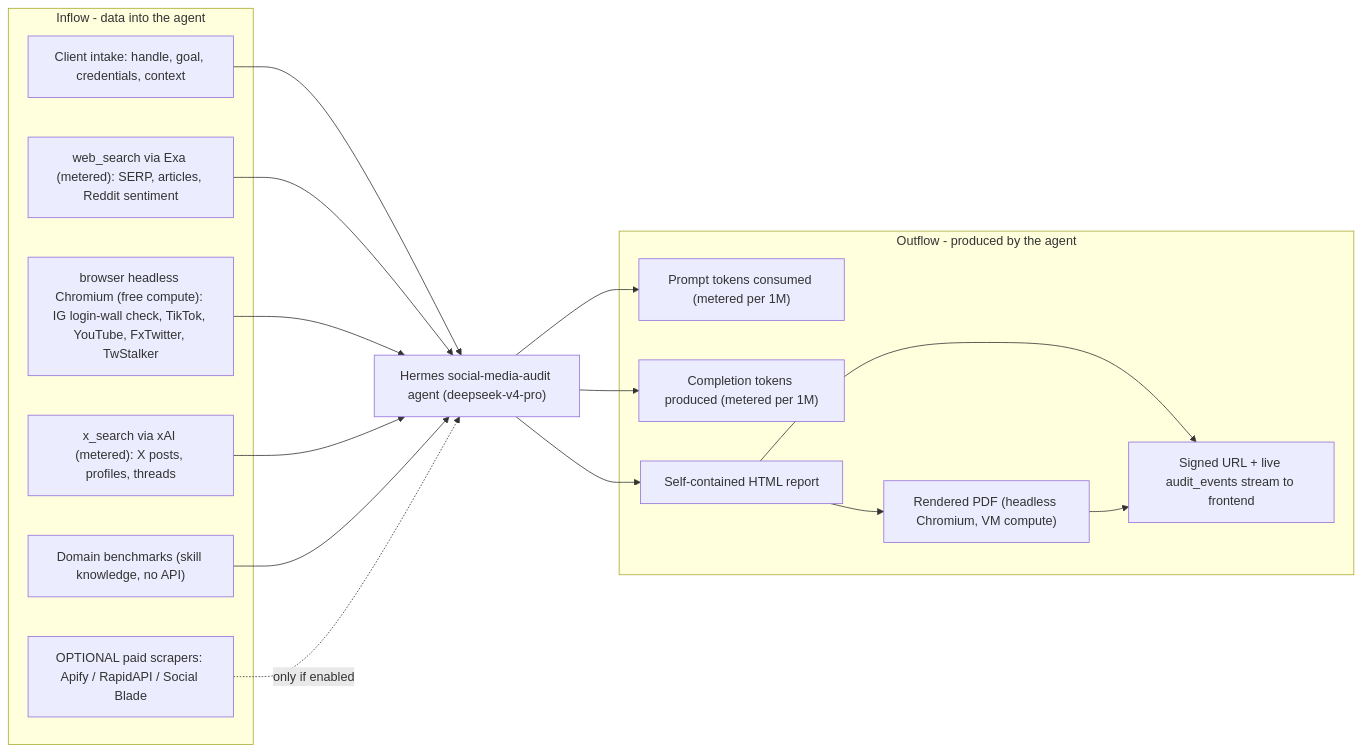
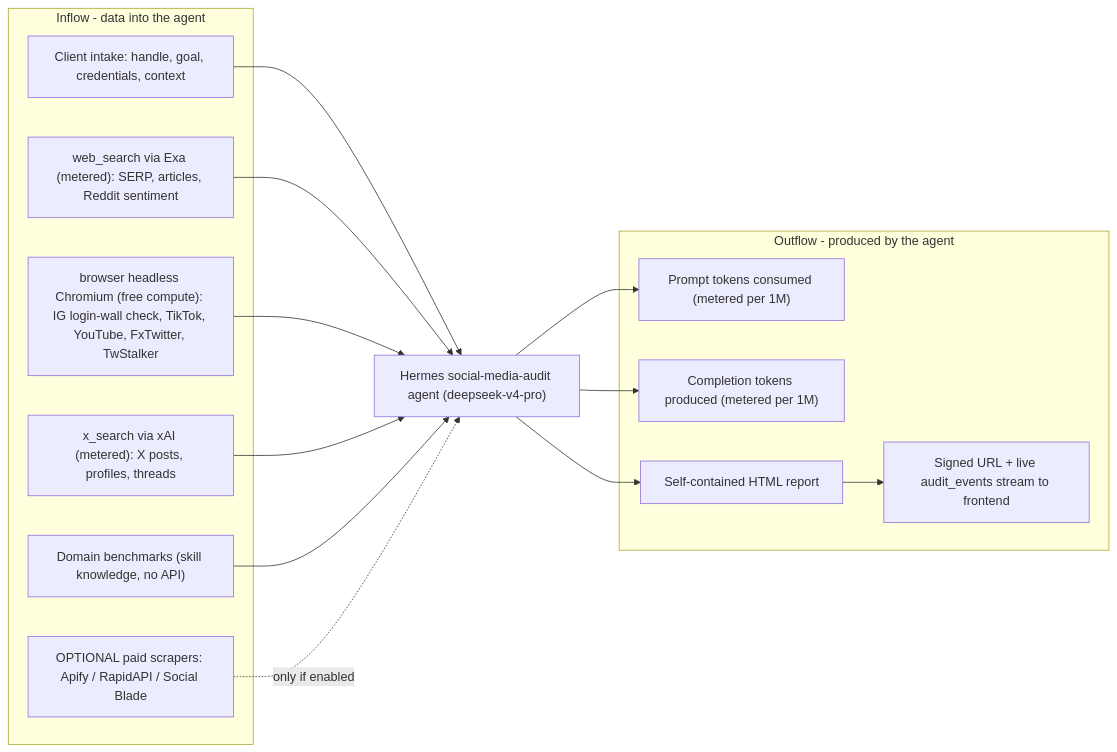
Before and after one commit to ashesh8500/auditlayer: the first of 2 diagrams in docs/data-sources-and-billing.md, drawn with Mermaid. The commit also changed other lines of this file and 57 other files, not shown here.

````diff
--- a/docs/data-sources-and-billing.md
+++ b/docs/data-sources-and-billing.md
@@ -22,35 +22,32 @@
 ```mermaid
 flowchart LR
   subgraph INFLOW["Inflow - data into the agent"]
     Client["Client intake: handle, goal, credentials, context"]
     WebSearch["web_search via Exa (metered): SERP, articles, Reddit sentiment"]
     Browser["browser headless Chromium (free compute): IG login-wall check, TikTok, YouTube, FxTwitter, TwStalker"]
     XSearch["x_search via xAI (metered): X posts, profiles, threads"]
     Benchmarks["Domain benchmarks (skill knowledge, no API)"]
     Paid["OPTIONAL paid scrapers: Apify / RapidAPI / Social Blade"]
   end
 
   Agent["Hermes social-media-audit agent (deepseek-v4-pro)"]
 
   subgraph OUTFLOW["Outflow - produced by the agent"]
     PromptTok["Prompt tokens consumed (metered per 1M)"]
     CompletionTok["Completion tokens produced (metered per 1M)"]
     HTML["Self-contained HTML report"]
-    PDF["Rendered PDF (headless Chromium, VM compute)"]
     Delivery["Signed URL + live audit_events stream to frontend"]
   end
 
   Client --> Agent
   WebSearch --> Agent
   Browser --> Agent
   XSearch --> Agent
   Benchmarks --> Agent
   Paid -.->|"only if enabled"| Agent
 
   Agent --> PromptTok
   Agent --> CompletionTok
   Agent --> HTML
-  HTML --> PDF
   HTML --> Delivery
-  PDF --> Delivery
 ```
````
